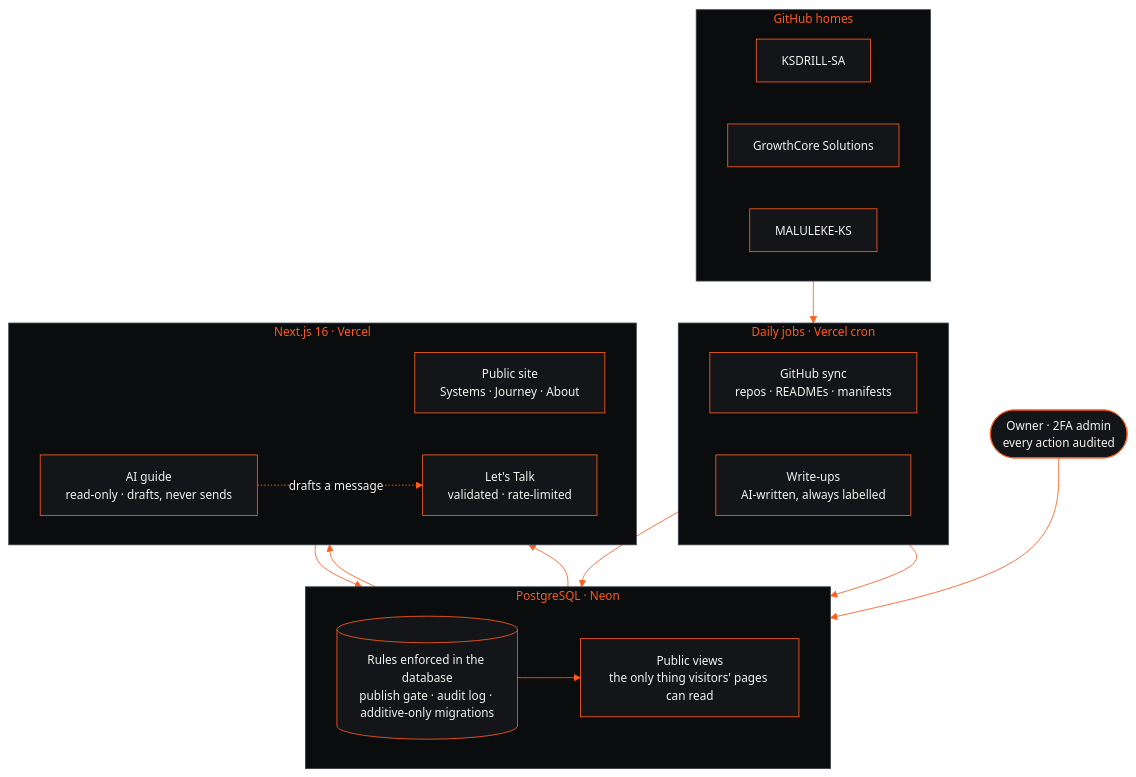
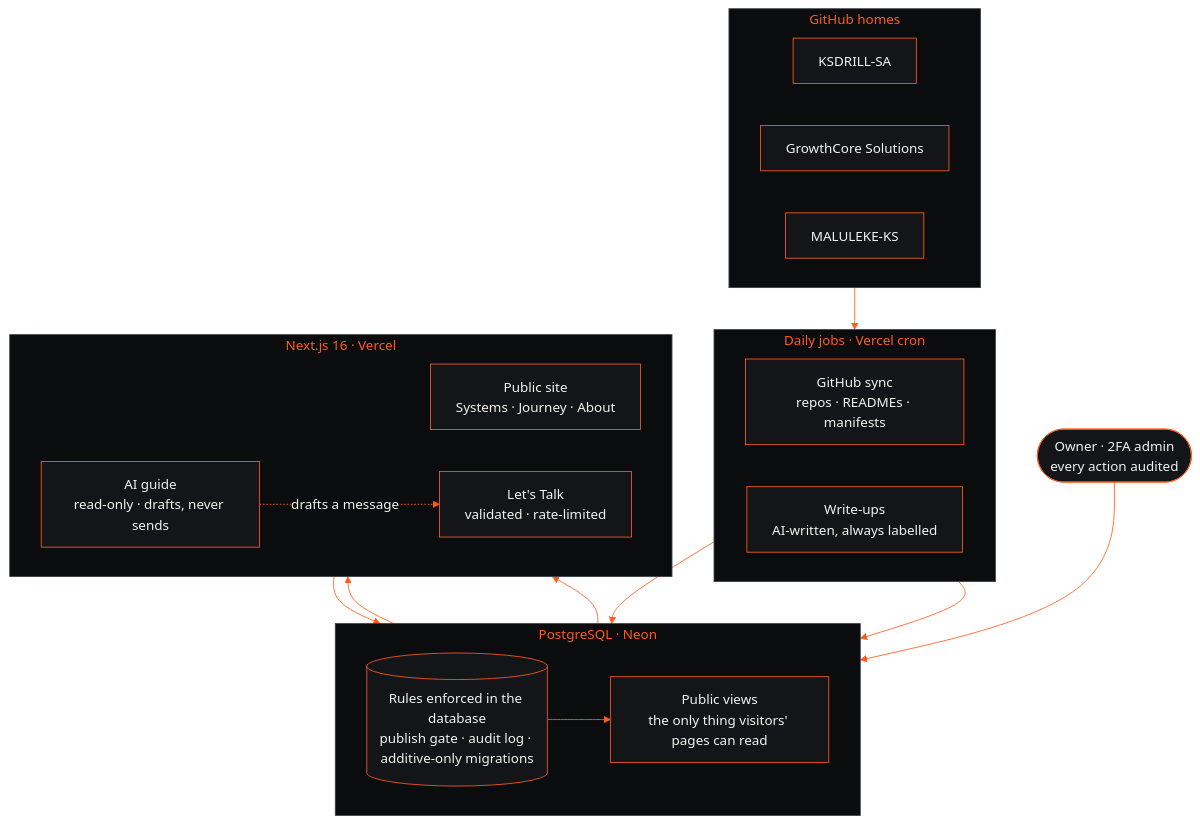
Before and after one commit to MALULEKE-KS/MALULEKE-KS: the first of 2 diagrams in README.md, drawn with Mermaid. The commit also changed other lines of this file and 33 other files, not shown here.

````diff
--- a/README.md
+++ b/README.md
@@ -115,34 +115,34 @@
 ```mermaid
-%%{init: {'theme':'base','themeVariables':{'primaryColor':'#131519','primaryTextColor':'#f4f2ee','primaryBorderColor':'#ff5b1f','lineColor':'#ff5b1f','secondaryColor':'#1c1f24','tertiaryColor':'#0b0c0e','clusterBkg':'#0b0c0e','clusterBorder':'#3a3f47','titleColor':'#ff5b1f','edgeLabelBackground':'#0b0c0e','fontFamily':'ui-monospace, SFMono-Regular, Menlo, monospace','fontSize':'14px'}}}%%
+%%{init: {'theme':'base','themeVariables':{'primaryColor':'#131519','primaryTextColor':'#f4f2ee','primaryBorderColor':'#ff5b1f','lineColor':'#ff5b1f','secondaryColor':'#1c1f24','tertiaryColor':'#0b0c0e','clusterBkg':'#0b0c0e','clusterBorder':'#3a3f47','titleColor':'#ff5b1f','edgeLabelBackground':'#0b0c0e'}}}%%
 flowchart TB
   subgraph GH["GitHub homes"]
     direction LR
     K["KSDRILL-SA"]
     G["GrowthCore Solutions"]
     M["MALULEKE-KS"]
   end
   subgraph JOBS["Daily jobs · Vercel cron"]
     direction LR
     S["GitHub sync<br/>repos · READMEs · manifests"]
     W["Write-ups<br/>AI-written, always labelled"]
   end
   subgraph DB["PostgreSQL · Neon"]
     direction LR
     R[("Rules enforced in the database<br/>publish gate · audit log · additive-only migrations")]
     V["Public views<br/>the only thing visitors' pages can read"]
   end
   subgraph WEB["Next.js 16 · Vercel"]
     direction LR
     P["Public site<br/>Systems · Journey · About"]
     A["AI guide<br/>read-only · drafts, never sends"]
     L["Let's Talk<br/>validated · rate-limited"]
   end
   O(["Owner · 2FA admin<br/>every action audited"])
   GH --> S --> R
   W --> R
   R --> V --> P
   V --> A
   A -. drafts a message .-> L
   L --> R
   O --> R
 ```
````
